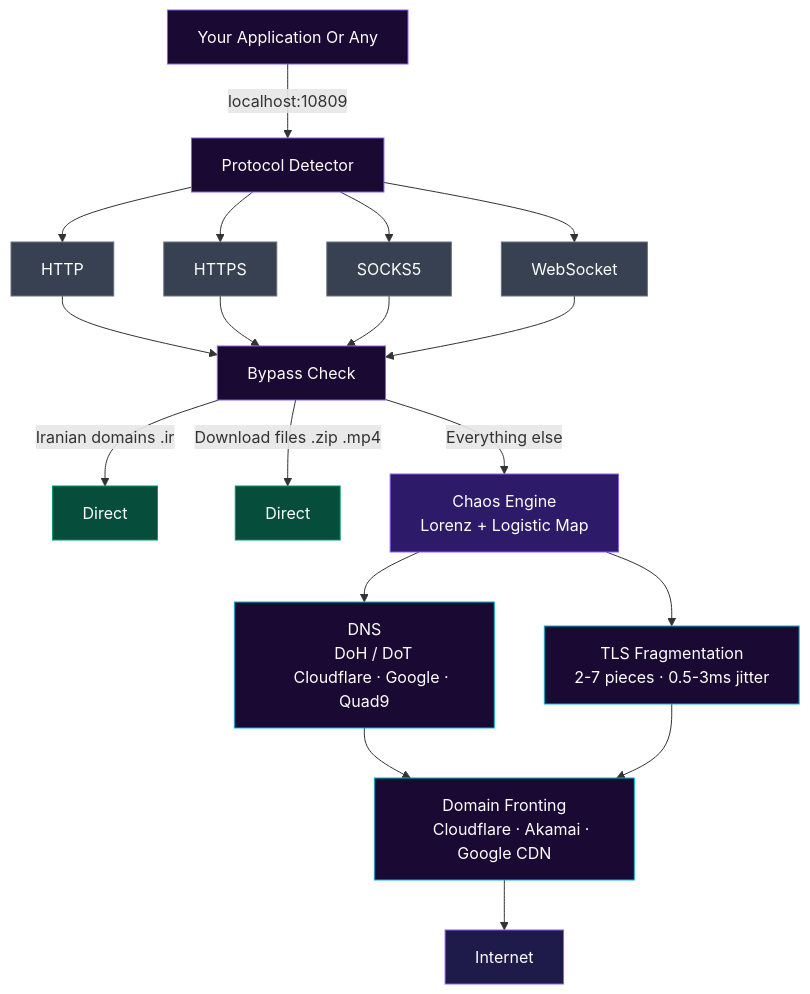
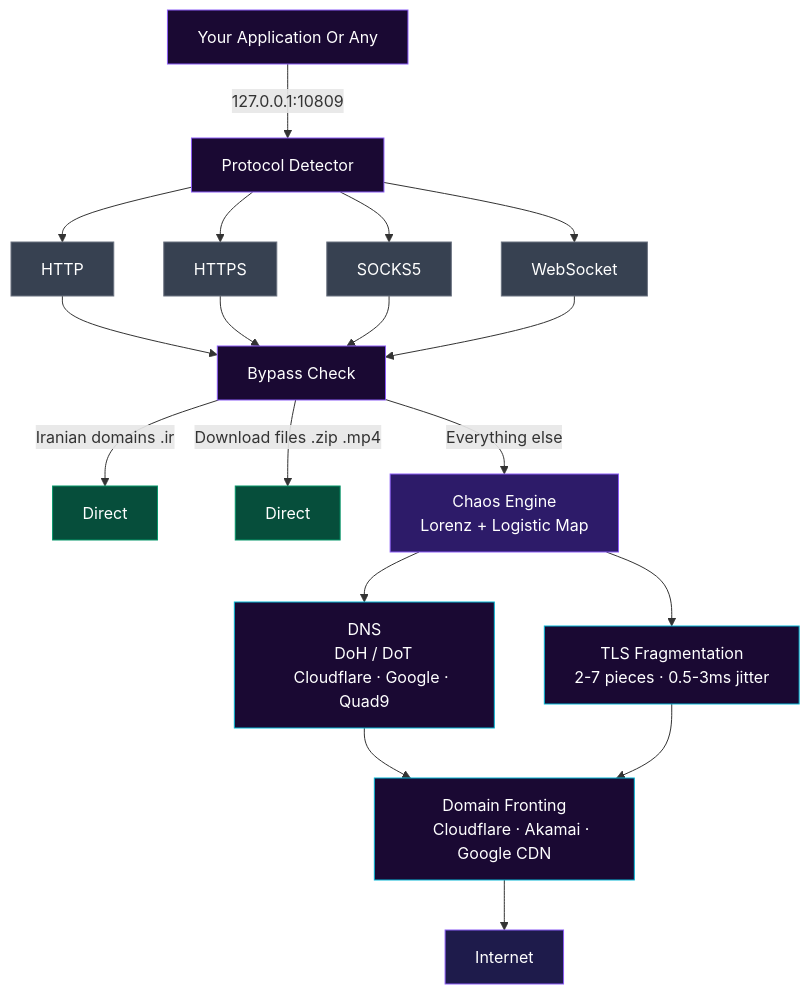
One commit to DianaFoxington/Chaos-Traffic-Engine changed the diagram in README.md. Above: the diagram before and after it, drawn with Mermaid. The commit also changed other lines of this file, not shown here.

````diff
--- a/README.md
+++ b/README.md
@@ -26,45 +26,45 @@
 ```mermaid
 flowchart TD
     A["Your Application Or Any"]
 
-    A -->|localhost:10809| B["Protocol Detector"]
+    A -->|127.0.0.1:10809| B["Protocol Detector"]
 
     B --> C[HTTP]
     B --> D[HTTPS]
     B --> E[SOCKS5]
     B --> F[WebSocket]
 
     C & D & E & F --> G["Bypass Check"]
 
     G -->|Iranian domains .ir| H["Direct"]
     G -->|Download files .zip .mp4| I["Direct"]
     G -->|Everything else| J["Chaos Engine
     Lorenz + Logistic Map"]
 
     J --> K["DNS
     DoH / DoT
     Cloudflare · Google · Quad9"]
 
     J --> L["TLS Fragmentation
     2-7 pieces · 0.5-3ms jitter"]
 
     K & L --> M["Domain Fronting
     Cloudflare · Akamai · Google CDN"]
 
     M --> N["Internet"]
 
     style A fill:#1a0933,stroke:#8B5CF6,color:#fff
     style B fill:#1a0933,stroke:#8B5CF6,color:#fff
     style G fill:#1a0933,stroke:#8B5CF6,color:#fff
     style J fill:#2d1b69,stroke:#8B5CF6,color:#fff
     style K fill:#1a0933,stroke:#06B6D4,color:#fff
     style L fill:#1a0933,stroke:#06B6D4,color:#fff
     style M fill:#1a0933,stroke:#06B6D4,color:#fff
     style H fill:#064e3b,stroke:#059669,color:#fff
     style I fill:#064e3b,stroke:#059669,color:#fff
     style N fill:#1e1b4b,stroke:#8B5CF6,color:#fff
     style C fill:#374151,stroke:#6B7280,color:#fff
     style D fill:#374151,stroke:#6B7280,color:#fff
     style E fill:#374151,stroke:#6B7280,color:#fff
     style F fill:#374151,stroke:#6B7280,color:#fff
 ```
````
